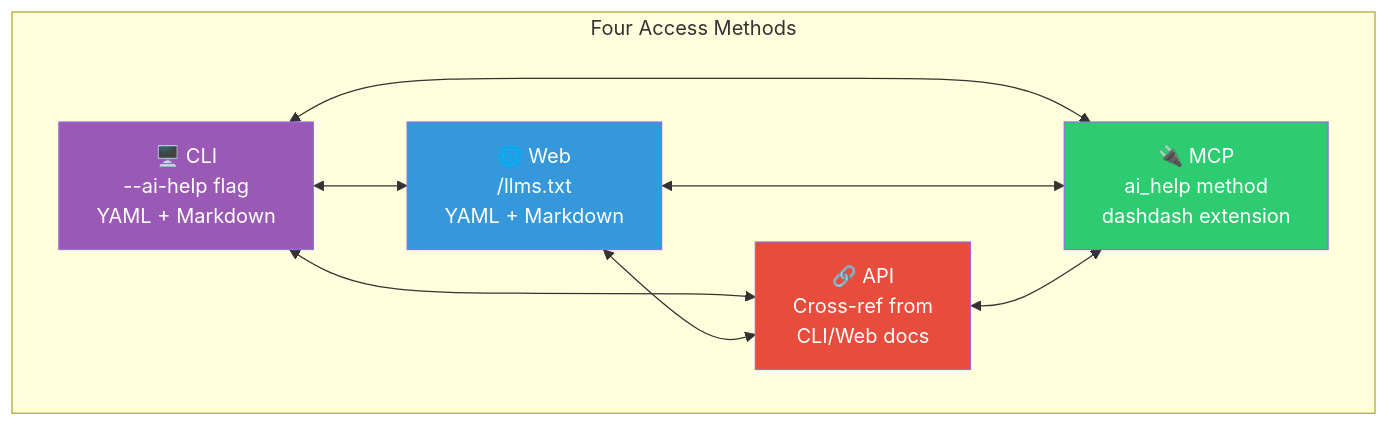
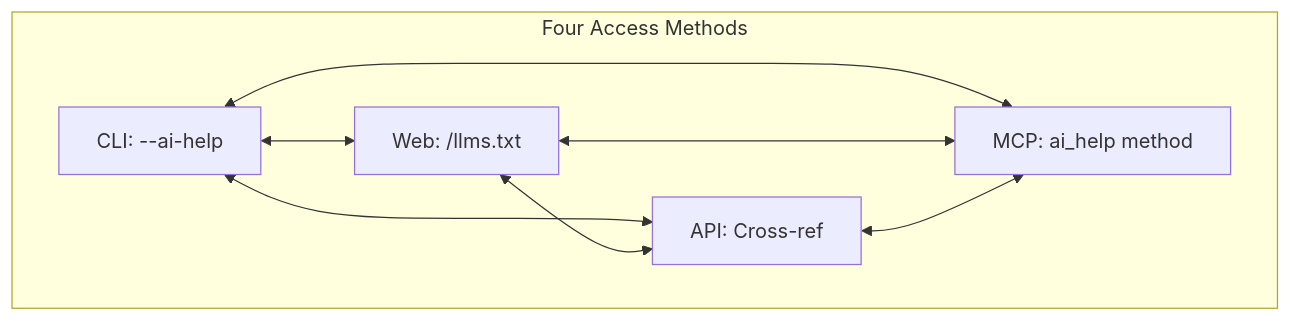
One commit to visionik/acphast changed the fifth of 10 diagrams in docs/VISIONIK-AI-ROADMAP.md. Above: the diagram before and after it, drawn with Mermaid. The commit also changed other lines of this file, not shown here.

Commit message:
Fix Mermaid: remove colors, fix text in boxes

````diff
--- a/docs/VISIONIK-AI-ROADMAP.md
+++ b/docs/VISIONIK-AI-ROADMAP.md
@@ -172,21 +152,16 @@
 ```mermaid
 flowchart TB
     subgraph Methods["Four Access Methods"]
-        CLI["🖥️ CLI\n--ai-help flag\nYAML + Markdown"]
-        Web["🌐 Web\n/llms.txt\nYAML + Markdown"]
-        API["🔗 API\nCross-ref from\nCLI/Web docs"]
-        MCP["🔌 MCP\nai_help method\ndashdash extension"]
+        CLI["CLI: --ai-help"]
+        Web["Web: /llms.txt"]
+        API["API: Cross-ref"]
+        MCP["MCP: ai_help method"]
     end
     
     CLI <--> Web
     CLI <--> API
     CLI <--> MCP
     Web <--> API
     Web <--> MCP
     API <--> MCP
-    
-    style CLI fill:#9b59b6,color:#fff
-    style Web fill:#3498db,color:#fff
-    style API fill:#e74c3c,color:#fff
-    style MCP fill:#2ecc71,color:#fff
 ```
````
